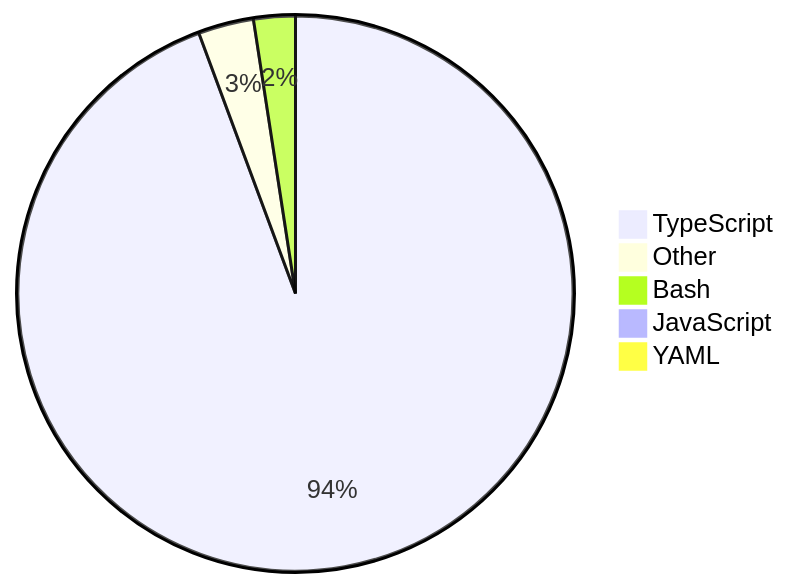
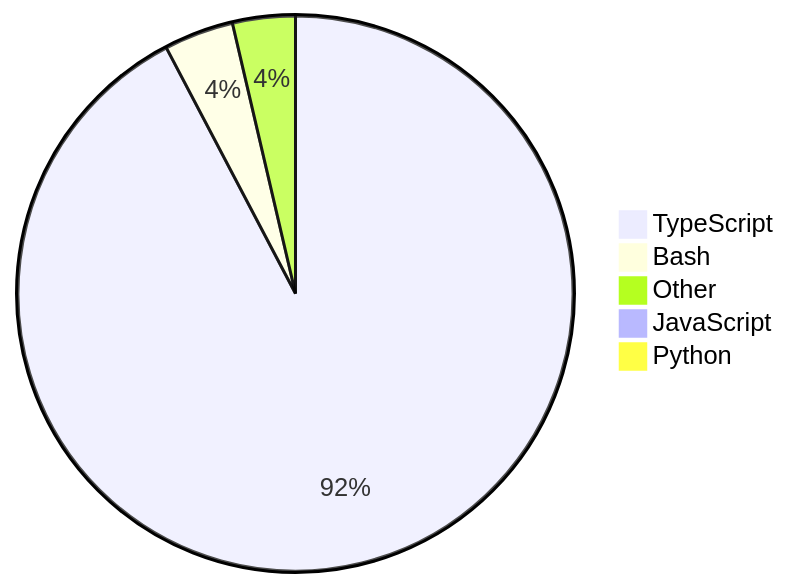
One commit to skvggor/skvggor changed the diagram in README.md. Above: the diagram before and after it, drawn with Mermaid.

Commit message:
Updated waka-readme graph with new metrics

````diff
--- a/README.md
+++ b/README.md
@@ -14,8 +14,8 @@
 ```mermaid
 pie
-    "TypeScript" : 93.4
-    "Other" : 3.2
-    "Bash" : 2.4
-    "JavaScript" : 0.3
-    "YAML" : 0.2
+    "TypeScript" : 91.1
+    "Bash" : 4.0
+    "Other" : 3.6
+    "JavaScript" : 0.4
+    "Python" : 0.3
 ```
````
